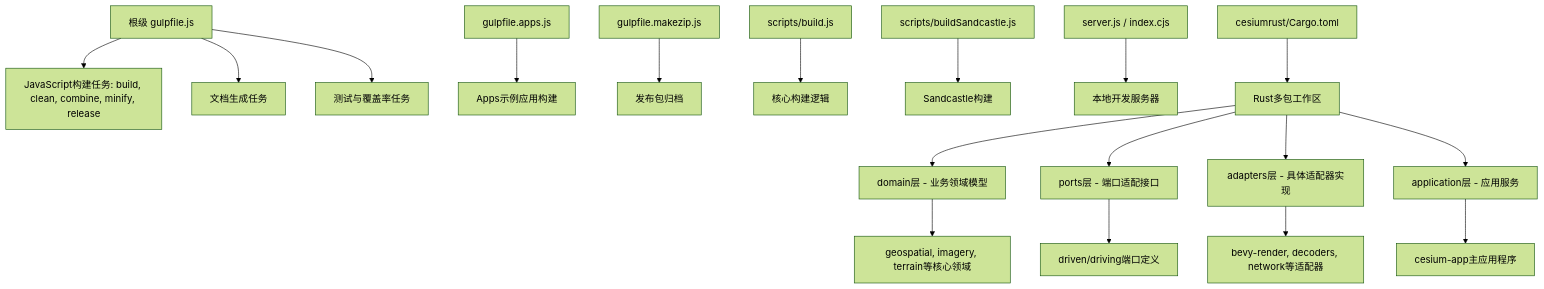
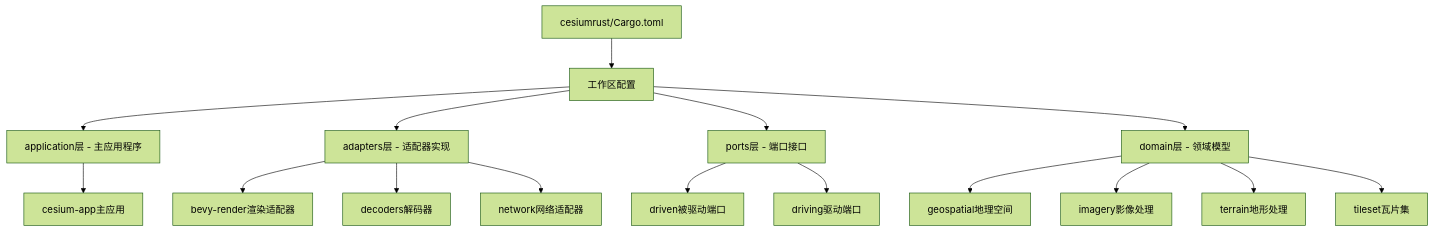
The first of 6 diagrams in .qoder/repowiki/zh/content/构建与部署/构建系统配置/构建系统配置.md (rzhangjing/cesium), drawn with Mermaid (forest theme) before and after one commit. The commit also changed other lines of this file and 74 other files, not shown here.

````diff
--- a/.qoder/repowiki/zh/content/构建与部署/构建系统配置/构建系统配置.md
+++ b/.qoder/repowiki/zh/content/构建与部署/构建系统配置/构建系统配置.md
@@ -68,20 +55,18 @@
 ```mermaid
 graph TB
-A["根级 gulpfile.js"] --> B["JavaScript构建任务: build, clean, combine, minify, release"]
-A --> C["文档生成任务"]
-A --> D["测试与覆盖率任务"]
-E["gulpfile.apps.js"] --> F["Apps示例应用构建"]
-G["gulpfile.makezip.js"] --> H["发布包归档"]
-I["scripts/build.js"] --> J["核心构建逻辑"]
-K["scripts/buildSandcastle.js"] --> L["Sandcastle构建"]
-M["server.js / index.cjs"] --> N["本地开发服务器"]
-O["cesiumrust/Cargo.toml"] --> P["Rust多包工作区"]
-P --> Q["domain层 - 业务领域模型"]
-P --> R["ports层 - 端口适配接口"]
-P --> S["adapters层 - 具体适配器实现"]
-P --> T["application层 - 应用服务"]
-Q --> U["geospatial, imagery, terrain等核心领域"]
-R --> V["driven/driving端口定义"]
-S --> W["bevy-render, decoders, network等适配器"]
-T --> X["cesium-app主应用程序"]
+A["cesiumrust/Cargo.toml"] --> B["工作区配置"]
+B --> C["application层 - 主应用程序"]
+B --> D["adapters层 - 适配器实现"]
+B --> E["ports层 - 端口接口"]
+B --> F["domain层 - 领域模型"]
+C --> G["cesium-app主应用"]
+D --> H["bevy-render渲染适配器"]
+D --> I["decoders解码器"]
+D --> J["network网络适配器"]
+E --> K["driven被驱动端口"]
+E --> L["driving驱动端口"]
+F --> M["geospatial地理空间"]
+F --> N["imagery影像处理"]
+F --> O["terrain地形处理"]
+F --> P["tileset瓦片集"]
 ```
````
